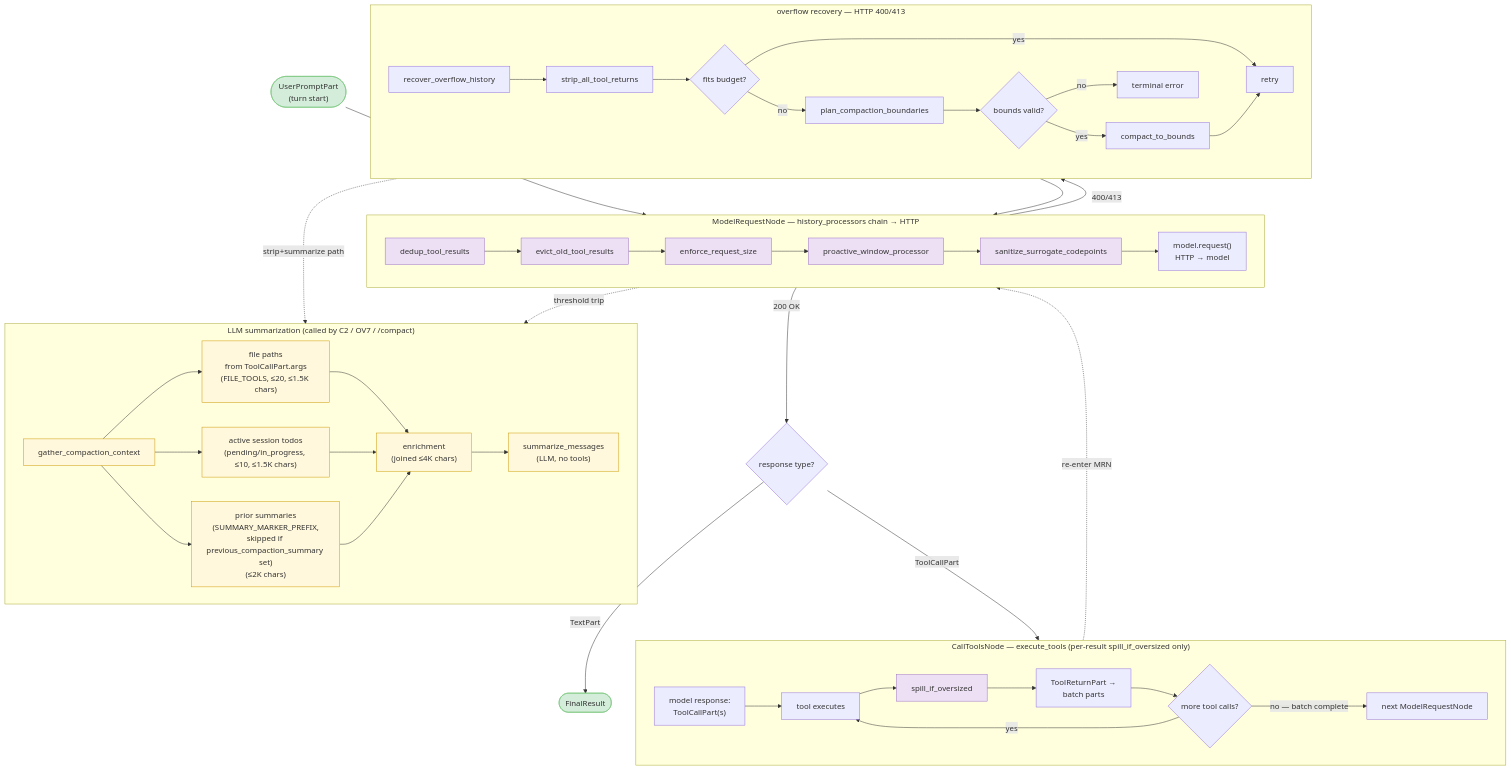
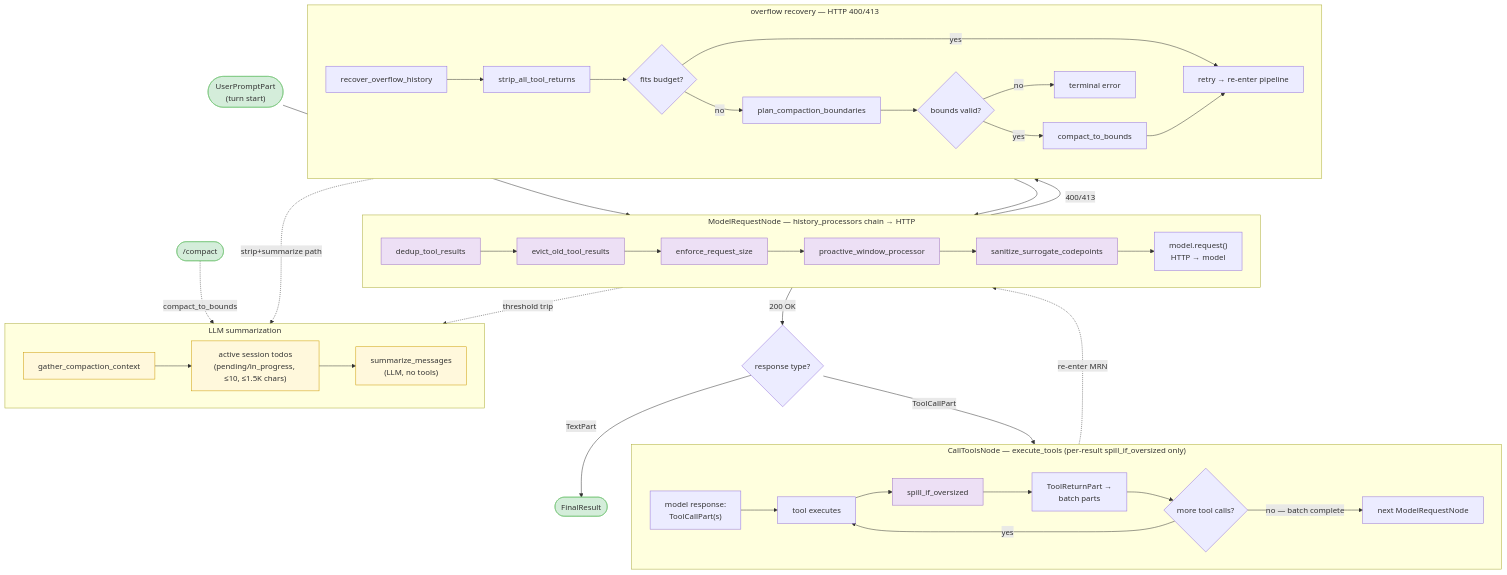
The diagram in docs/specs/compaction.md (binlecode/co-cli), drawn with Mermaid before and after one commit. The commit also changed other lines of this file and 14 other files, not shown here.

First line of the commit message:
feat(compaction): remove branch B, close status, fix marker text, v0.8.156

````diff
--- a/docs/specs/compaction.md
+++ b/docs/specs/compaction.md
@@ -83,57 +83,55 @@
 ```mermaid
 flowchart TD
     UPN(["UserPromptPart\n(turn start)"])
     FINAL(["FinalResult"])
     RTYPE{"response type?"}
 
     subgraph MRN["ModelRequestNode — history_processors chain → HTTP"]
         direction LR
         C0["dedup_tool_results"] --> C1["evict_old_tool_results"] --> CE["enforce_request_size"] --> C2["proactive_window_processor"] --> C3["sanitize_surrogate_codepoints"] --> HTTP["model.request()\nHTTP → model"]
     end
 
     subgraph CTN["CallToolsNode — execute_tools (per-result spill_if_oversized only)"]
         direction LR
         TCALL["model response:\nToolCallPart(s)"] --> EXEC["tool executes"] --> M1["spill_if_oversized"] --> HIST["ToolReturnPart →\nbatch parts"] --> MORE{"more tool calls?"}
         MORE -->|yes| EXEC
         MORE -->|"no — batch complete"| NEXT["next ModelRequestNode"]
     end
 
     subgraph OVF["overflow recovery — HTTP 400/413"]
         direction LR
         OV1["recover_overflow_history"] --> OV2["strip_all_tool_returns"]
         OV2 --> OV3{"fits budget?"}
-        OV3 -->|yes| OV4["retry"]
+        OV3 -->|yes| OV4["retry → re-enter pipeline"]
         OV3 -->|no| OV5["plan_compaction_boundaries"] --> OV6{"bounds valid?"}
         OV6 -->|yes| OV7["compact_to_bounds"] --> OV4
         OV6 -->|no| OV8["terminal error"]
     end
 
-    subgraph SUM["LLM summarization (called by C2 / OV7 / /compact)"]
+    COMPACT(["/compact"])
+
+    subgraph SUM["LLM summarization"]
         direction LR
         GC["gather_compaction_context"]
-        GC --> GC1["file paths\nfrom ToolCallPart.args\n(FILE_TOOLS, ≤20, ≤1.5K chars)"]
         GC --> GC2["active session todos\n(pending/in_progress, ≤10, ≤1.5K chars)"]
-        GC --> GC3["prior summaries\n(SUMMARY_MARKER_PREFIX,\nskipped if previous_compaction_summary set)\n(≤2K chars)"]
-        GC1 --> ENR["enrichment\n(joined ≤4K chars)"]
-        GC2 --> ENR
-        GC3 --> ENR
-        ENR --> SUMM["summarize_messages\n(LLM, no tools)"]
+        GC2 --> SUMM["summarize_messages\n(LLM, no tools)"]
     end
 
     UPN --> C0
     HTTP -->|"200 OK"| RTYPE
     HTTP -->|"400/413"| OV1
-    OV3 --> C0
+    OV4 --> C0
     RTYPE -->|ToolCallPart| TCALL
     RTYPE -->|TextPart| FINAL
     NEXT -.->|"re-enter MRN"| C0
     C2 -.->|"threshold trip"| GC
     OV7 -.->|"strip+summarize path"| GC
+    COMPACT -.->|"compact_to_bounds"| GC
 
     classDef hook fill:#ede0f5,stroke:#9c6fc7
     classDef term fill:#d4edda,stroke:#74c476
     classDef enr fill:#fff8dc,stroke:#cc9900
     class C0,C1,CE,C2,C3,M1 hook
-    class UPN,FINAL term
-    class GC,GC1,GC2,GC3,ENR,SUMM enr
+    class UPN,FINAL,COMPACT term
+    class GC,GC2,SUMM enr
 ```
````
